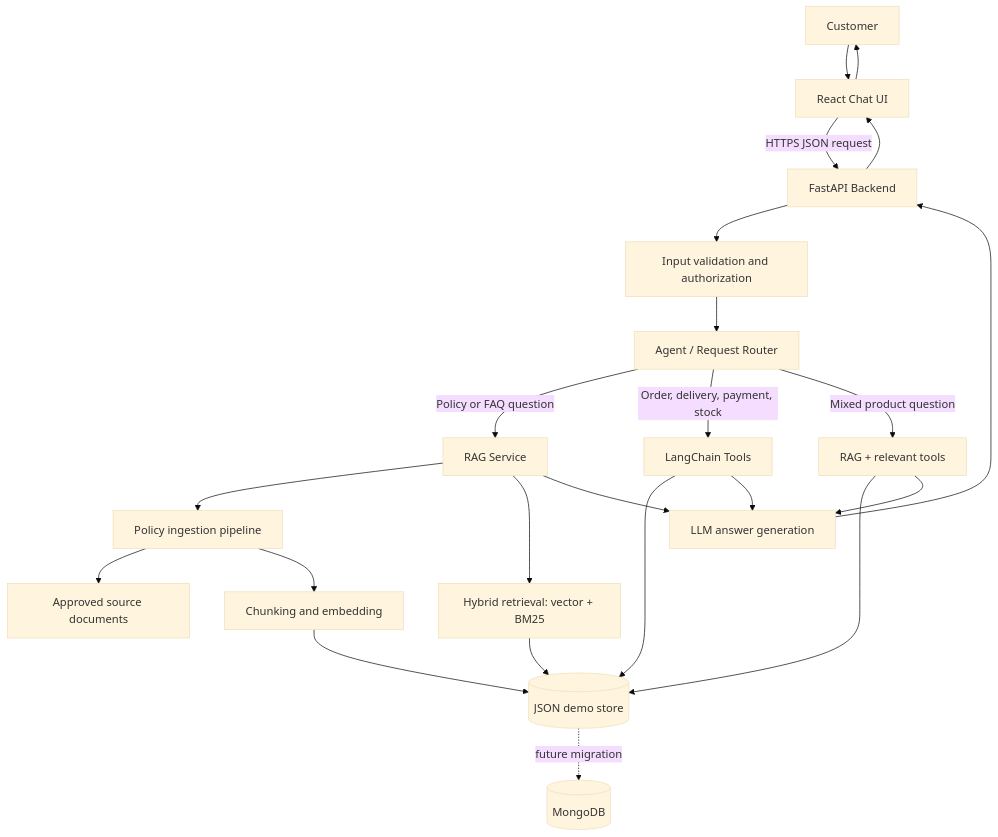
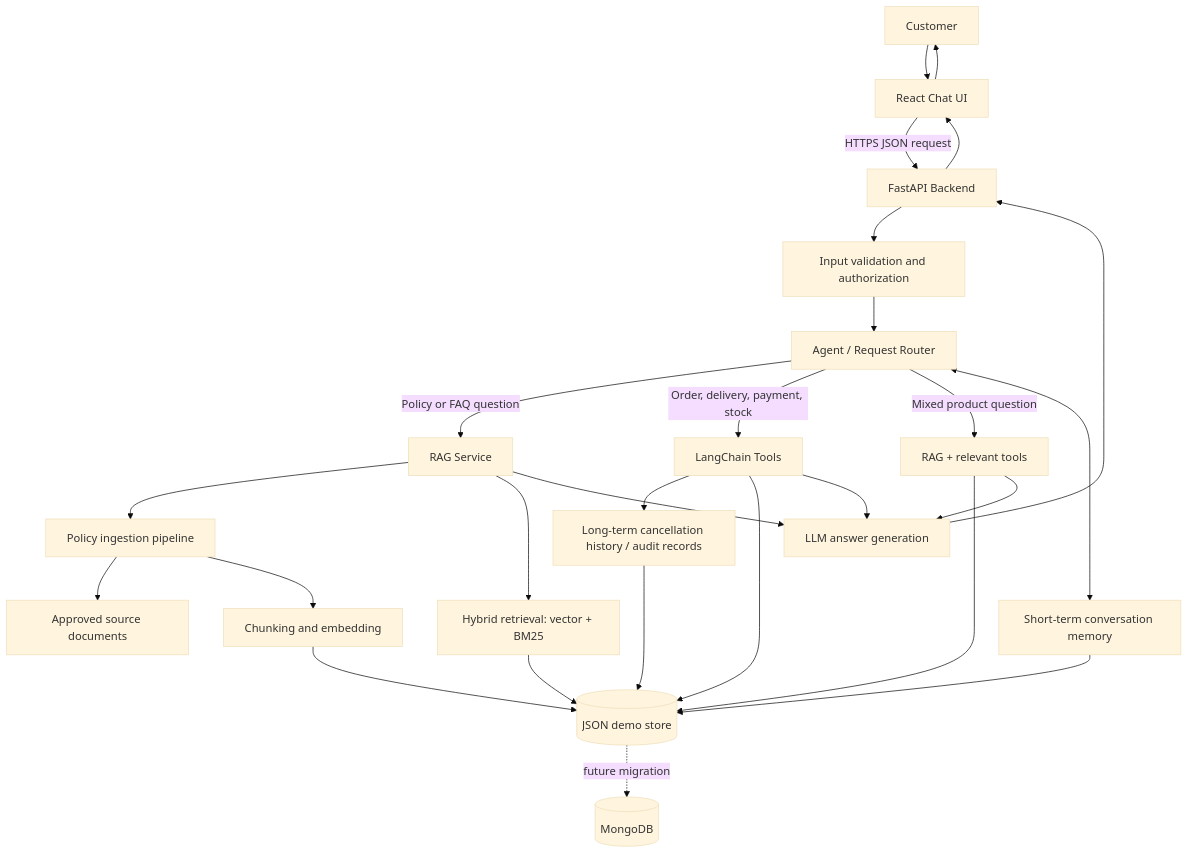
One commit to keneilweraseale/customer_support_agent changed the first of 2 diagrams in customer_support_ai_agent_architecture.md. Above: the diagram before and after it, drawn with Mermaid (base theme). The commit also changed other lines of this file and 21 other files, not shown here.

````diff
--- a/customer_support_ai_agent_architecture.md
+++ b/customer_support_ai_agent_architecture.md
@@ -27,25 +27,29 @@
 ```mermaid
 flowchart TD
     U[Customer] --> UI[React Chat UI]
     UI -->|HTTPS JSON request| API[FastAPI Backend]
     API --> AUTH[Input validation and authorization]
     AUTH --> ROUTER[Agent / Request Router]
     ROUTER -->|Policy or FAQ question| RAG[RAG Service]
     ROUTER -->|Order, delivery, payment, stock| TOOLS[LangChain Tools]
     ROUTER -->|Mixed product question| BOTH[RAG + relevant tools]
+    ROUTER <--> STM[Short-term conversation memory]
+    TOOLS --> LTM[Long-term cancellation history / audit records]
+    STM --> JSON
+    LTM --> JSON
     RAG --> INGEST[Policy ingestion pipeline]
     RAG --> RET[Hybrid retrieval: vector + BM25]
     INGEST --> DOCS[Approved source documents]
     INGEST --> CHUNKS[Chunking and embedding]
     CHUNKS --> JSON[(JSON demo store)]
     RET --> JSON
     TOOLS --> JSON
     BOTH --> JSON
     RAG --> GEN[LLM answer generation]
     TOOLS --> GEN
     BOTH --> GEN
     GEN --> API
     API --> UI
     UI --> U
     JSON -. future migration .-> MDB[(MongoDB)]
 ```
````
